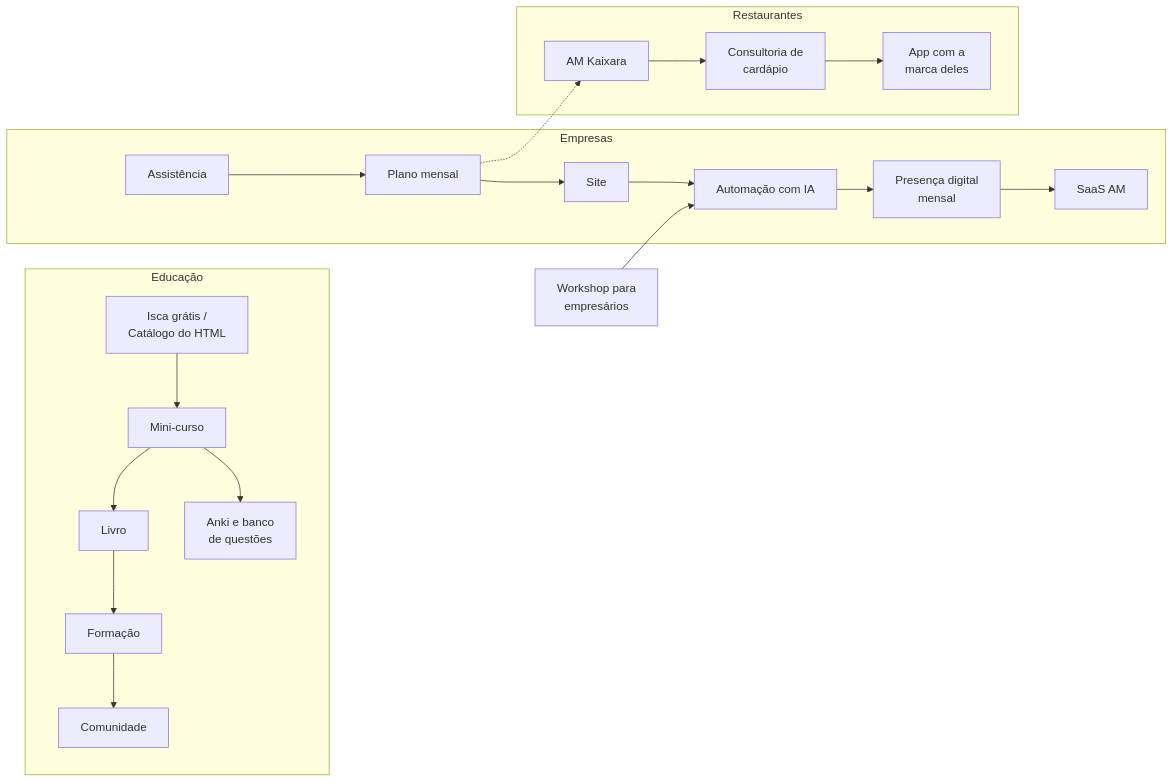
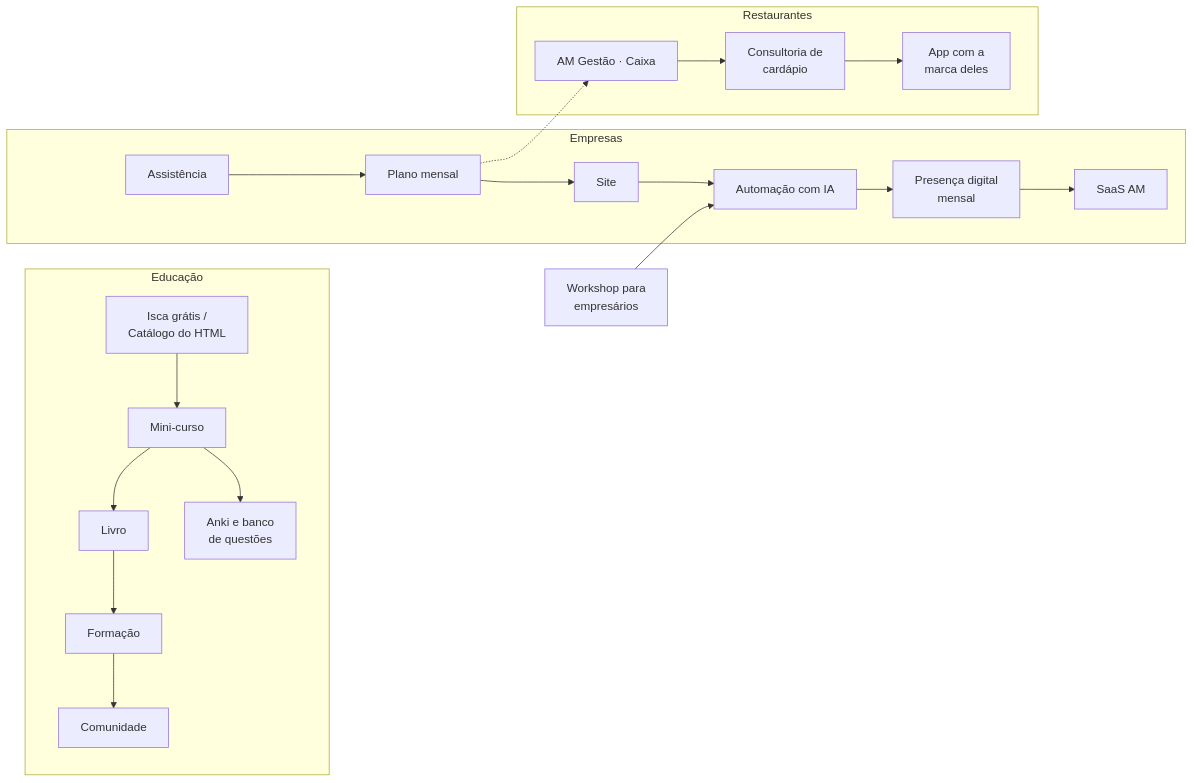
One commit to AlanMateus17/Portfolio-AMS-Obsidian-Vault changed the diagram in 11-setup-dev-setup/docs/operacao/06-clientes-e-dados.md. Above: the diagram before and after it, drawn with Mermaid. The commit also changed other lines of this file and 117 other files, not shown here.

````diff
--- a/11-setup-dev-setup/docs/operacao/06-clientes-e-dados.md
+++ b/11-setup-dev-setup/docs/operacao/06-clientes-e-dados.md
@@ -24,16 +24,16 @@
 ```mermaid
 flowchart LR
   subgraph Educação
     I["Isca grátis /<br/>Catálogo do HTML"] --> MC["Mini-curso"] --> LV["Livro"] --> FO["Formação"] --> CO["Comunidade"]
     MC --> AN["Anki e banco<br/>de questões"]
   end
   subgraph Empresas
     SI["Site"] --> AU["Automação com IA"] --> PD["Presença digital<br/>mensal"] --> SA["SaaS AM"]
     AS["Assistência"] --> PM["Plano mensal"] --> SI
   end
   subgraph Restaurantes
-    KX["AM Kaixara"] --> CC["Consultoria de<br/>cardápio"] --> WL["App com a<br/>marca deles"]
+    KX["AM Gestão · Caixa"] --> CC["Consultoria de<br/>cardápio"] --> WL["App com a<br/>marca deles"]
   end
   PM -.-> KX
   WS["Workshop para<br/>empresários"] --> AU
 ```
````
